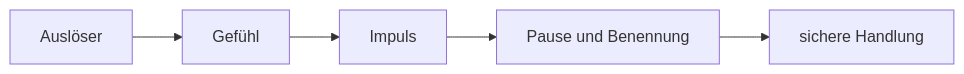
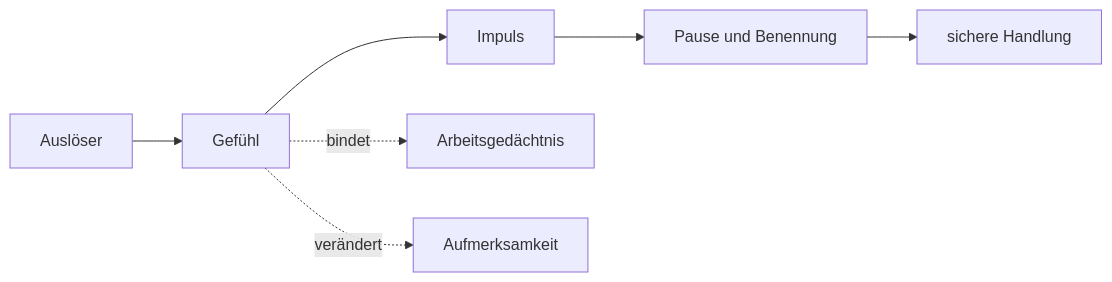
One commit to H234598/ADHS-Lernpfad changed the diagram in 01-Grundlagen/07-Emotionsregulation.md. Above: the diagram before and after it, drawn with Mermaid. The commit also changed other lines of this file and 12 other files, not shown here.

````diff
--- a/01-Grundlagen/07-Emotionsregulation.md
+++ b/01-Grundlagen/07-Emotionsregulation.md
@@ -31,7 +46,9 @@
 ```mermaid
 flowchart LR
   A[Auslöser] --> G[Gefühl]
   G --> I[Impuls]
   I --> P[Pause und Benennung]
   P --> H[sichere Handlung]
+  G -. bindet .-> W[Arbeitsgedächtnis]
+  G -. verändert .-> E[Aufmerksamkeit]
 ```
````
